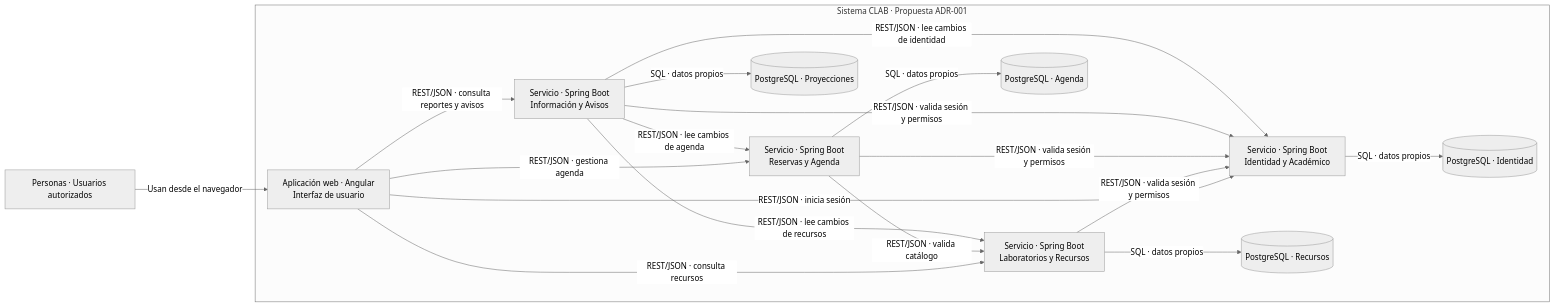
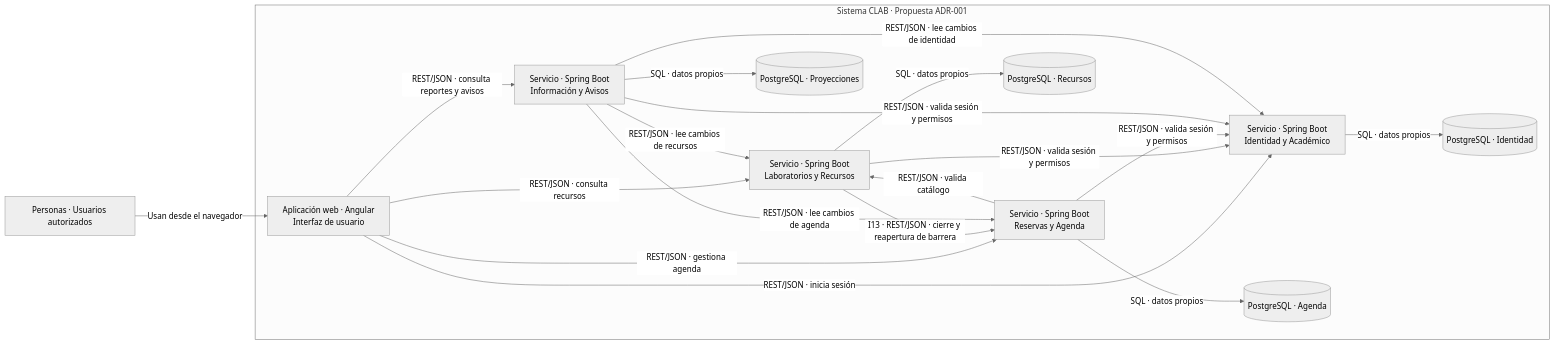
The second of 3 diagrams in docs/diagramas/c4.md (Danxxx777/clab-pfc-7a), drawn with Mermaid (neutral theme) before and after one commit. The commit also changed other lines of this file and 6 other files, not shown here.

First line of the commit message:
Define cierre y reapertura de laboratorios en CLAB

````diff
--- a/docs/diagramas/c4.md
+++ b/docs/diagramas/c4.md
@@ -21,31 +21,32 @@
 ```mermaid
 flowchart LR
     usuarios["Personas · Usuarios autorizados"]
     subgraph clab["Sistema CLAB · Propuesta ADR-001"]
         spa["Aplicación web · Angular<br/>Interfaz de usuario"]
         identidad["Servicio · Spring Boot<br/>Identidad y Académico"]
         laboratorios["Servicio · Spring Boot<br/>Laboratorios y Recursos"]
         reservas["Servicio · Spring Boot<br/>Reservas y Agenda"]
         avisos["Servicio · Spring Boot<br/>Información y Avisos"]
         dbi[("PostgreSQL · Identidad")]
         dbl[("PostgreSQL · Recursos")]
         dbr[("PostgreSQL · Agenda")]
         dba[("PostgreSQL · Proyecciones")]
         spa -->|"REST/JSON · inicia sesión"| identidad
         spa -->|"REST/JSON · consulta recursos"| laboratorios
         spa -->|"REST/JSON · gestiona agenda"| reservas
         spa -->|"REST/JSON · consulta reportes y avisos"| avisos
         laboratorios -->|"REST/JSON · valida sesión y permisos"| identidad
         reservas -->|"REST/JSON · valida sesión y permisos"| identidad
         avisos -->|"REST/JSON · valida sesión y permisos"| identidad
         reservas -->|"REST/JSON · valida catálogo"| laboratorios
+        laboratorios -->|"I13 · REST/JSON · cierre y reapertura de barrera"| reservas
         avisos -->|"REST/JSON · lee cambios de identidad"| identidad
         avisos -->|"REST/JSON · lee cambios de recursos"| laboratorios
         avisos -->|"REST/JSON · lee cambios de agenda"| reservas
         identidad -->|"SQL · datos propios"| dbi
         laboratorios -->|"SQL · datos propios"| dbl
         reservas -->|"SQL · datos propios"| dbr
         avisos -->|"SQL · datos propios"| dba
     end
     usuarios -->|"Usan desde el navegador"| spa
 ```
````
